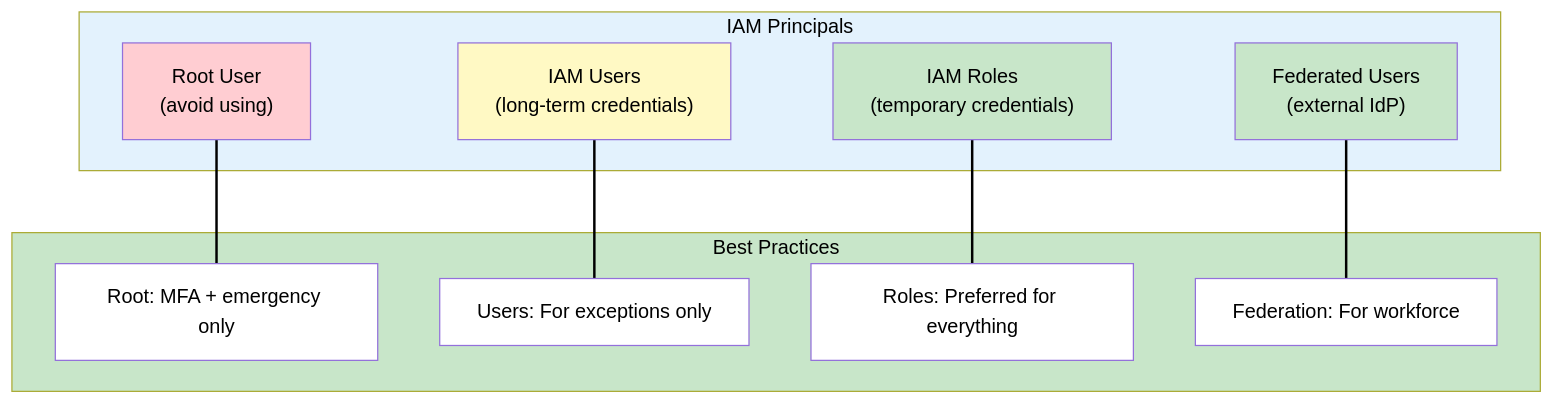
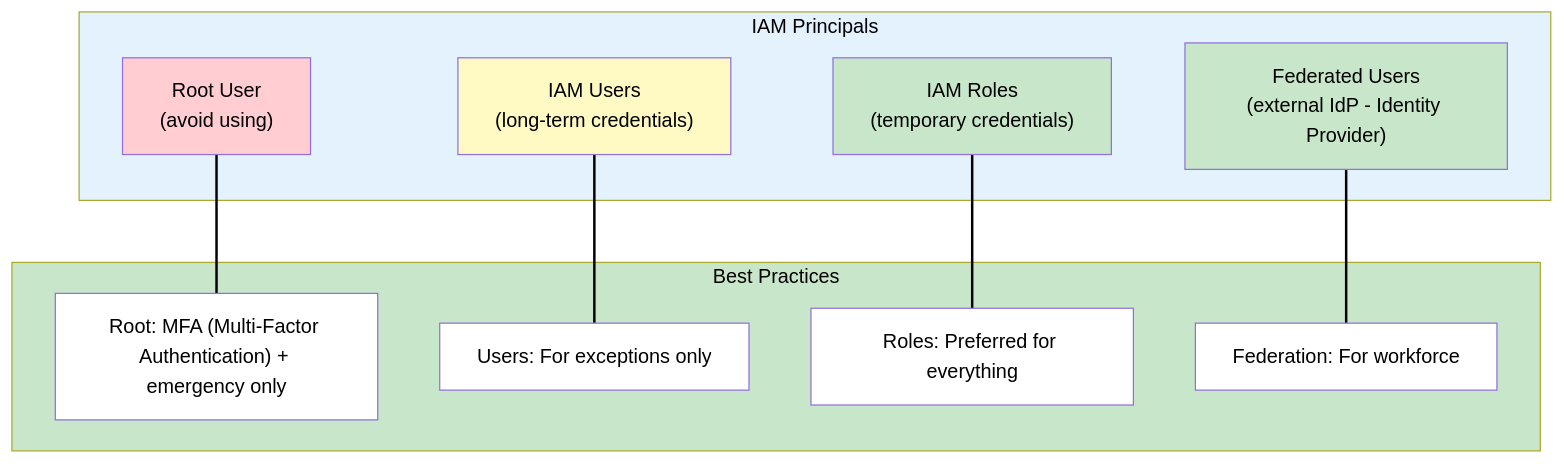
The first of 7 diagrams in docs/scenarios/medvault/phases/phase-1-identity-foundation.md (benjaminhonorio/aws-architecting), drawn with Mermaid before and after one commit. The commit also changed other lines of this file and 6 other files, not shown here.

````diff
--- a/docs/scenarios/medvault/phases/phase-1-identity-foundation.md
+++ b/docs/scenarios/medvault/phases/phase-1-identity-foundation.md
@@ -40,33 +44,33 @@
 ```mermaid
 flowchart TB
     subgraph Principals["IAM Principals"]
         ROOT["Root User<br>(avoid using)"]
         USER["IAM Users<br>(long-term credentials)"]
         ROLE["IAM Roles<br>(temporary credentials)"]
-        FED["Federated Users<br>(external IdP)"]
+        FED["Federated Users<br>(external IdP - Identity Provider)"]
     end
 
     subgraph BestPractice["Best Practices"]
-        BP1["Root: MFA + emergency only"]
+        BP1["Root: MFA (Multi-Factor Authentication) + emergency only"]
         BP2["Users: For exceptions only"]
         BP3["Roles: Preferred for everything"]
         BP4["Federation: For workforce"]
     end
 
     ROOT --- BP1
     USER --- BP2
     ROLE --- BP3
     FED --- BP4
 
     style Principals fill:#e3f2fd,color:#000
     style BestPractice fill:#c8e6c9,color:#000
     style ROOT fill:#ffcdd2,color:#000
     style USER fill:#fff9c4,color:#000
     style ROLE fill:#c8e6c9,color:#000
     style FED fill:#c8e6c9,color:#000
     style BP1 fill:#fff,color:#000
     style BP2 fill:#fff,color:#000
     style BP3 fill:#fff,color:#000
     style BP4 fill:#fff,color:#000
     linkStyle default stroke:#000,stroke-width:2px
 ```
````
